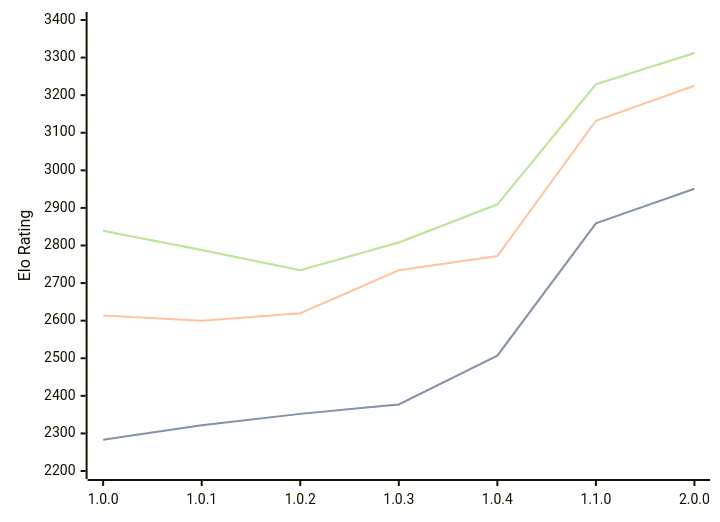
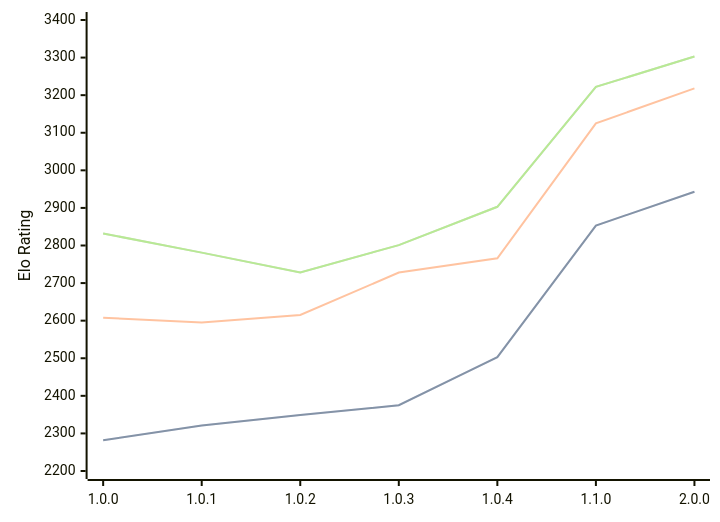
One commit to computer-chess-index/cci changed the diagram in engines/Grail.md. Above: the diagram before and after it, drawn with Mermaid. The commit also changed other lines of this file, not shown here.

Commit message:
Update CCI Ratings (ELO VLTC) - 2026-05-18

````diff
--- a/engines/Grail.md
+++ b/engines/Grail.md
@@ -37,11 +37,11 @@
 ```mermaid
 %%{init: {"theme":"base","themeVariables":{"seriesColors:['#a3a3a3','#222221','#faa371']}}}%%
 xychart-beta
   x-axis ["1.0.0", "1.0.1", "1.0.2", "1.0.3", "1.0.4", "1.1.0", "2.0.0"]
   y-axis "Elo Rating" 2200 --> 3400
-  line "STC (8.0+0.08s)" [2283, 2322, 2352, 2377, 2507, 2859, 2951]
-  line "STC (8.0+0.08s)" [2283, 2322, 2352, 2377, 2507, 2859, 2951]
-  line "LTC (60.0+0.60s)" [2614, 2600, 2620, 2734, 2772, 3132, 3225]
-  line "VLTC (2m24s+1.12s)" [2839, 2788, 2734, 2808, 2909, 3229, 3312]
-  line "VLTC (2m24s+1.12s)" [2839, 2788, 2734, 2808, 2909, 3229, 3312]
+  line "STC (8.0+0.08s)" [2282, 2321, 2349, 2375, 2503, 2853, 2943]
+  line "STC (8.0+0.08s)" [2282, 2321, 2349, 2375, 2503, 2853, 2943]
+  line "LTC (60.0+0.60s)" [2608, 2595, 2615, 2728, 2766, 3125, 3218]
+  line "VLTC (2m24s+1.12s)" [2832, 2781, 2728, 2801, 2903, 3222, 3303]
+  line "VLTC (2m24s+1.12s)" [2832, 2781, 2728, 2801, 2903, 3222, 3303]
 ```
````
